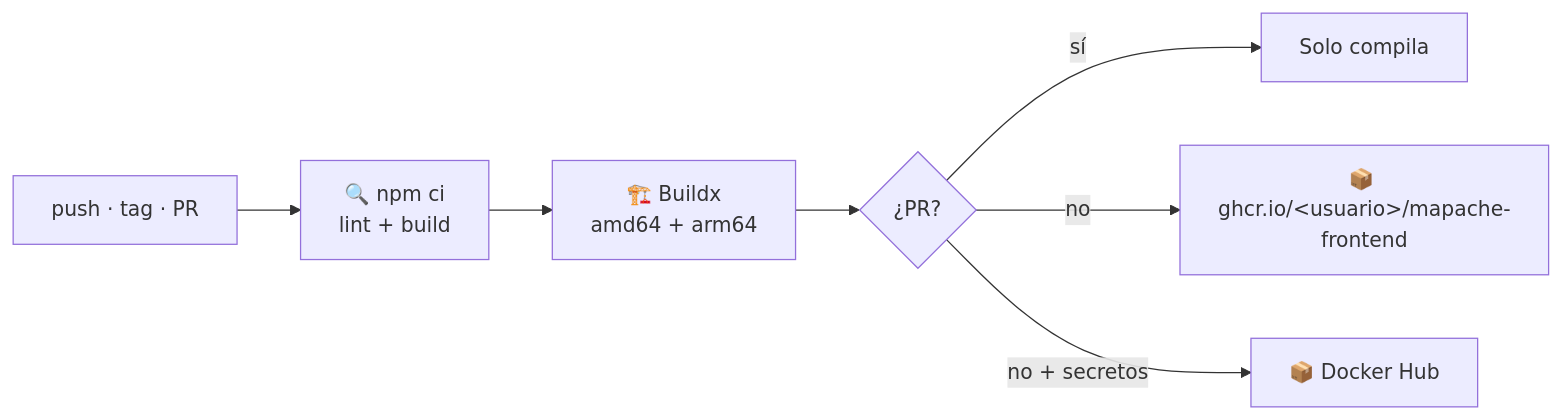
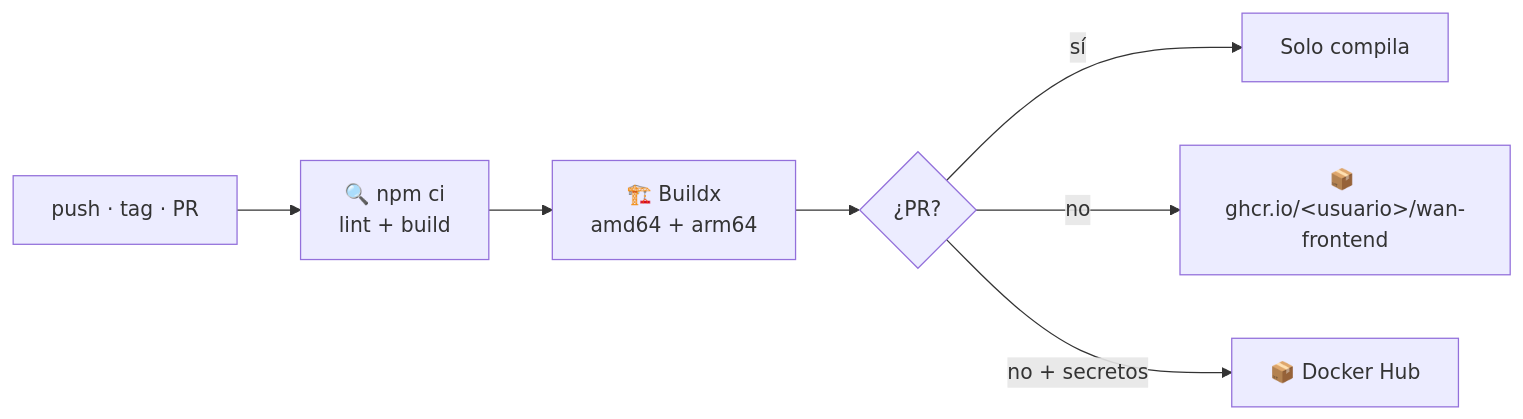
The second of 2 diagrams in docs/despliegue.md (stevengazo/Wan-Web), drawn with Mermaid before and after one commit. The commit also changed other lines of this file and 34 other files, not shown here.

````diff
--- a/docs/despliegue.md
+++ b/docs/despliegue.md
@@ -38,9 +38,9 @@
 ```mermaid
 flowchart LR
     E["push · tag · PR"] --> L["🔍 npm ci<br/>lint + build"]
     L --> X["🏗️ Buildx<br/>amd64 + arm64"]
     X --> Q{"¿PR?"}
     Q -- "sí" --> N["Solo compila"]
-    Q -- "no" --> G["📦 ghcr.io/&lt;usuario&gt;/mapache-frontend"]
+    Q -- "no" --> G["📦 ghcr.io/&lt;usuario&gt;/wan-frontend"]
     Q -- "no + secretos" --> H["📦 Docker Hub"]
 ```
````
